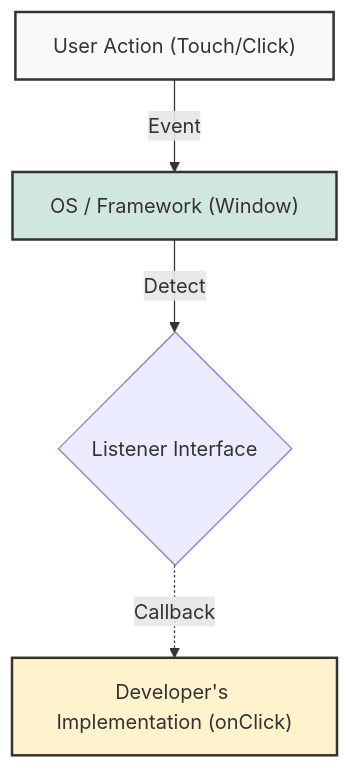
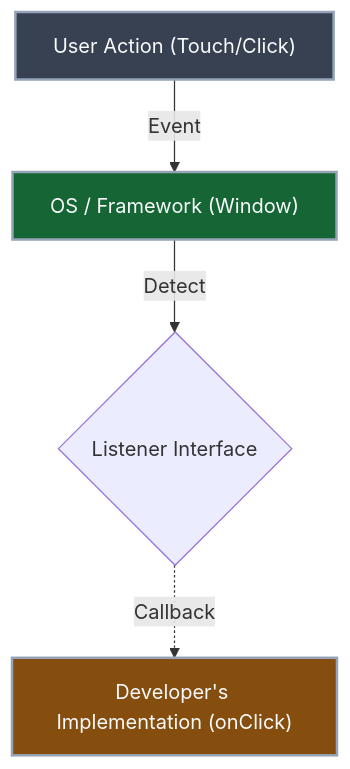
Before and after one commit to Kang-Hyesung/kang-hyesung.github.io: the diagram in _posts/java/10-내부_클래스,익명_객체,패키지/2026-01-28-내부-인터페이스와-gui.md, drawn with Mermaid. The commit also changed 74 other files, not shown here.

Commit message:
docs: update post visibility and mermaid colors

````diff
--- a/_posts/java/10-내부_클래스,익명_객체,패키지/2026-01-28-내부-인터페이스와-gui.md
+++ b/_posts/java/10-내부_클래스,익명_객체,패키지/2026-01-28-내부-인터페이스와-gui.md
@@ -30,11 +30,11 @@
 ```mermaid
 graph TD
     User["User Action (Touch/Click)"] -->|Event| Framework["OS / Framework (Window)"]
     Framework -->|Detect| Listener{"Listener Interface"}
     Listener -.->|Callback| Handler["Developer's Implementation (onClick)"]
 
-    style User fill:#f9f9f9,stroke:#333,stroke-width:2px
-    style Framework fill:#d1e7dd,stroke:#333,stroke-width:2px
-    style Handler fill:#fff3cd,stroke:#333,stroke-width:2px
+    style User fill:#374151,stroke:#94a3b8,stroke-width:2px,color:#f8fafc
+    style Framework fill:#166534,stroke:#94a3b8,stroke-width:2px,color:#f8fafc
+    style Handler fill:#854d0e,stroke:#94a3b8,stroke-width:2px,color:#f8fafc
 
 ```
````
